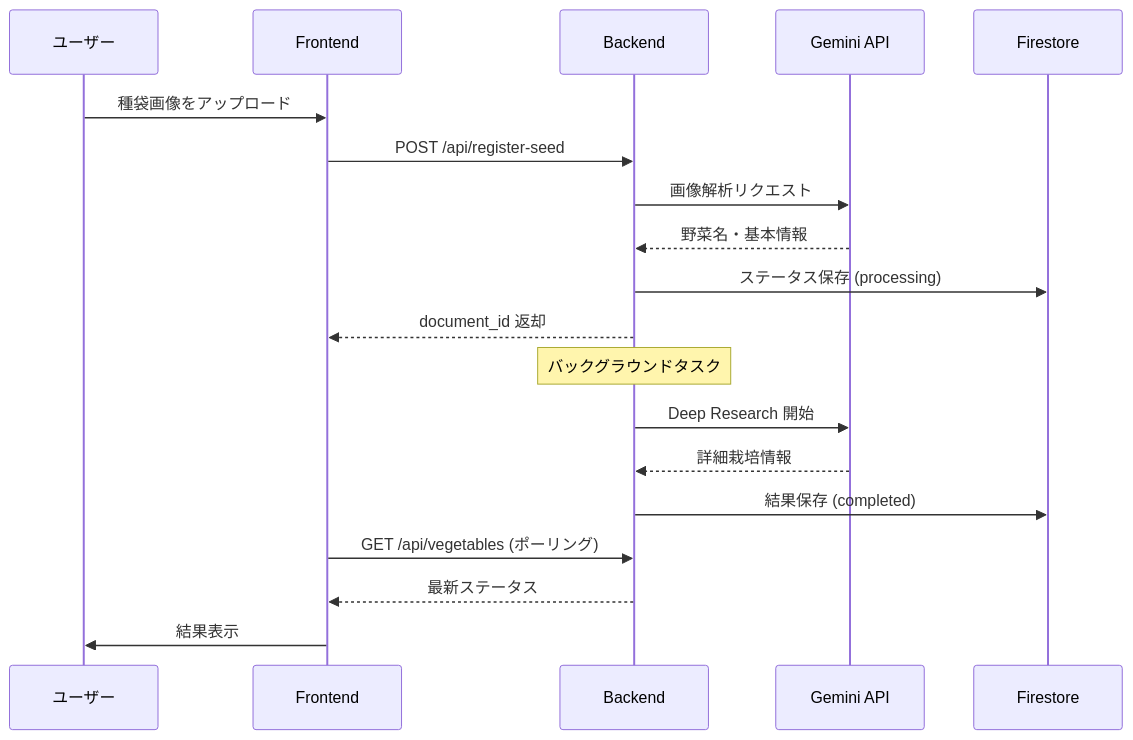
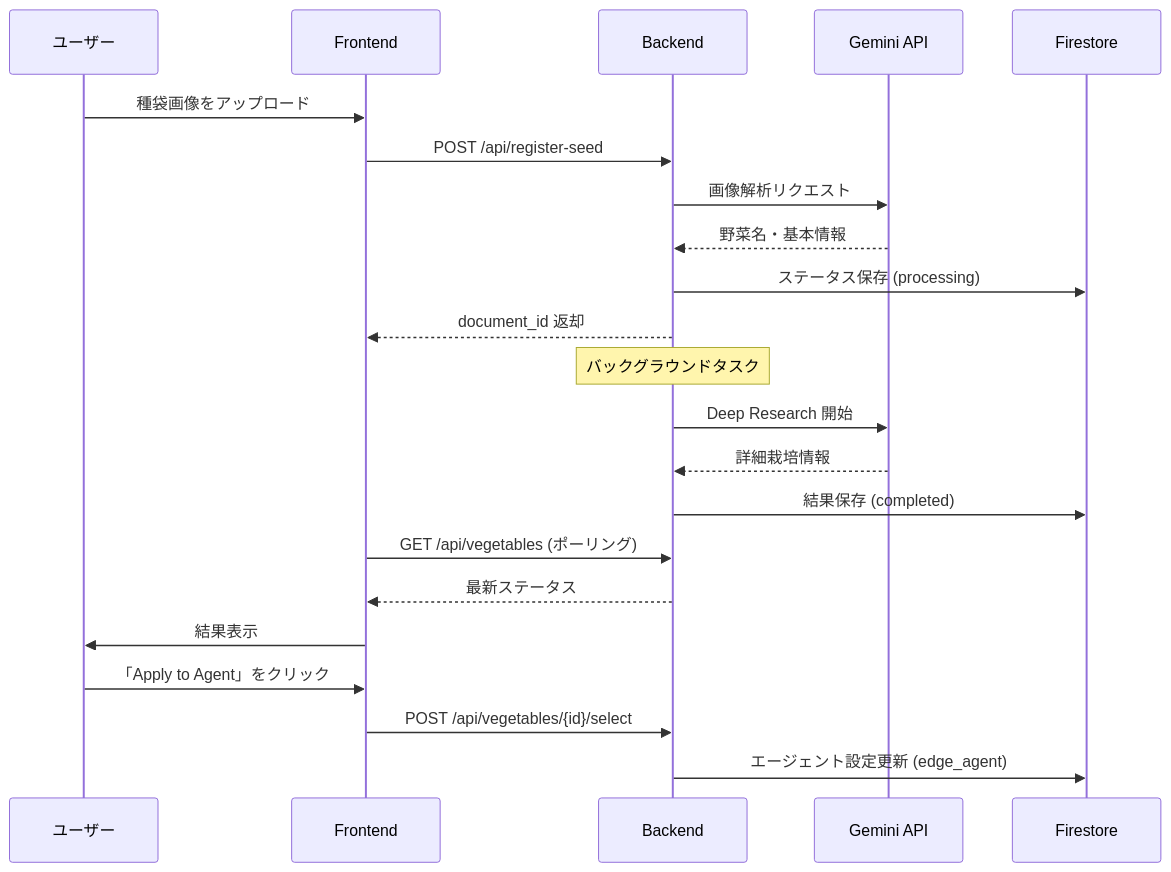
The second of 3 diagrams in README.md (ai-agentic-hackathon-4/ai-batake-app), drawn with Mermaid before and after one commit. The commit also changed other lines of this file and 4 other files, not shown here.

````diff
--- a/README.md
+++ b/README.md
@@ -182,24 +182,28 @@
 ```mermaid
 sequenceDiagram
     participant U as ユーザー
     participant FE as Frontend
     participant BE as Backend
     participant GM as Gemini API
     participant DB as Firestore
 
     U->>FE: 種袋画像をアップロード
     FE->>BE: POST /api/register-seed
     BE->>GM: 画像解析リクエスト
     GM-->>BE: 野菜名・基本情報
     BE->>DB: ステータス保存 (processing)
     BE-->>FE: document_id 返却
     
     Note over BE: バックグラウンドタスク
     BE->>GM: Deep Research 開始
     GM-->>BE: 詳細栽培情報
     BE->>DB: 結果保存 (completed)
     
     FE->>BE: GET /api/vegetables (ポーリング)
     BE-->>FE: 最新ステータス
     FE->>U: 結果表示
+    
+    U->>FE: 「Apply to Agent」をクリック
+    FE->>BE: POST /api/vegetables/{id}/select
+    BE->>DB: エージェント設定更新 (edge_agent)
 ```
````
